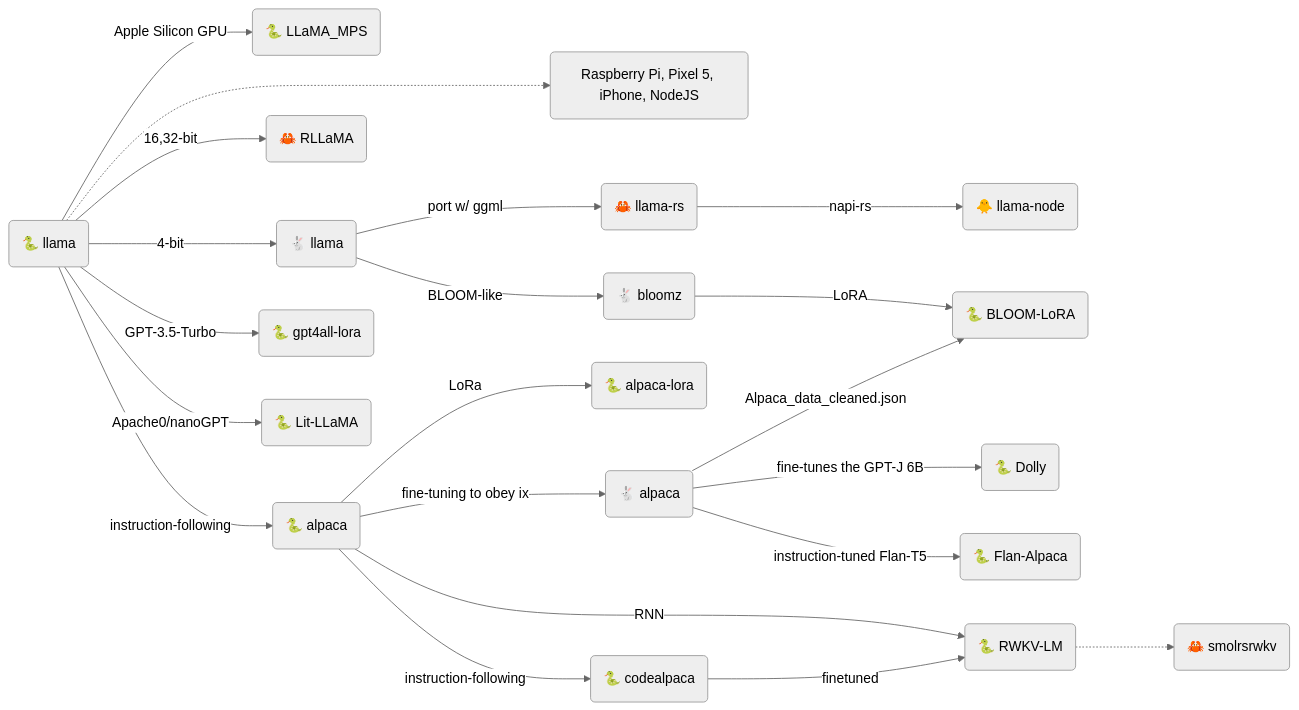
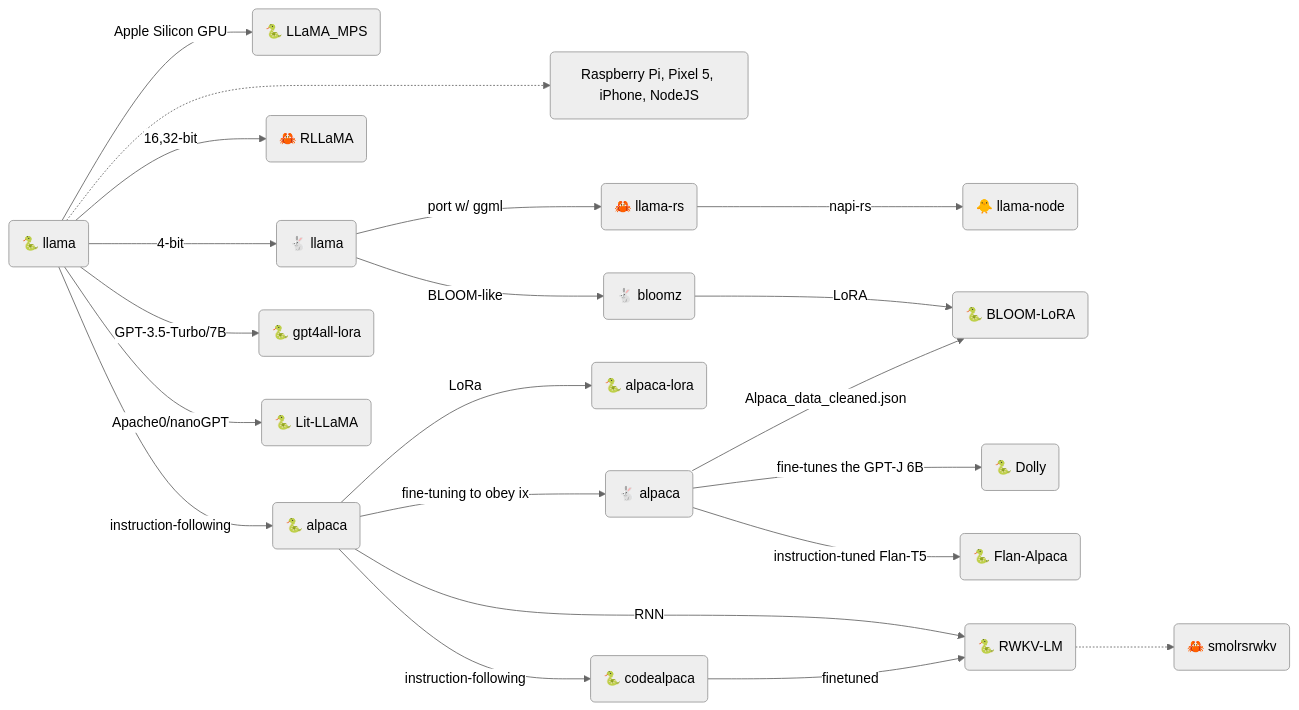
The second of 4 diagrams in src/ml/llama.md (gist-rs/book), drawn with Mermaid (neutral theme) before and after one commit. The commit also changed other lines of this file, not shown here.

````diff
--- a/src/ml/llama.md
+++ b/src/ml/llama.md
@@ -35,22 +35,22 @@
 ```mermaid
 graph LR;
 A --Apple Silicon GPU--> AA("🐍 LLaMA_MPS")
 A -..-> AAA("Raspberry Pi, Pixel 5, iPhone, NodeJS")
 A("🐍 llama") --"4-bit"--> B("🐇 llama")
 B --port w/ ggml--> C("🦀 llama-rs")
 A --"16,32-bit"--> CC("🦀 RLLaMA")
 C --"napi-rs"--> I("🐥 llama-node")
 E --"fine-tuning to obey ix"--> D("🐇 alpaca")
 A --instruction-following--> E("🐍 alpaca") --LoRa--> F("🐍 alpaca-lora")
 E --instruction-following--> H("🐍 codealpaca")
 B --BLOOM-like--> BB("🐇 bloomz")
 BB --LoRA--> DDDD("🐍 BLOOM-LoRA")
 D --"fine-tunes the GPT-J 6B"--> DD("🐍 Dolly")
 D --"instruction-tuned Flan-T5"--> DDD("🐍 Flan-Alpaca")
 D --Alpaca_data_cleaned.json--> DDDD
 E --RNN-->EE("🐍 RWKV-LM")
 H --finetuned--> EE
 EE("🐍 RWKV-LM") -..-> EEE("🦀 smolrsrwkv")
-A --"GPT-3.5-Turbo"--> FF("🐍 gpt4all-lora")
+A --"GPT-3.5-Turbo/7B"--> FF("🐍 gpt4all-lora")
 A --"Apache0/nanoGPT"--> AAAA("🐍 Lit-LLaMA")
 ```
````
